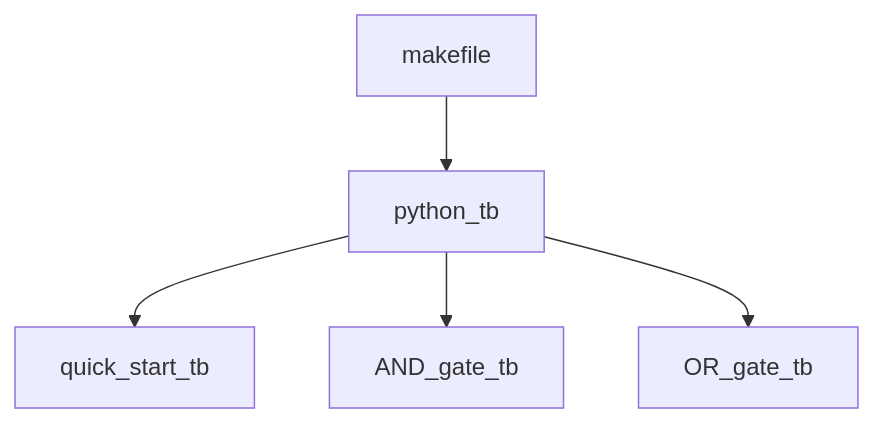
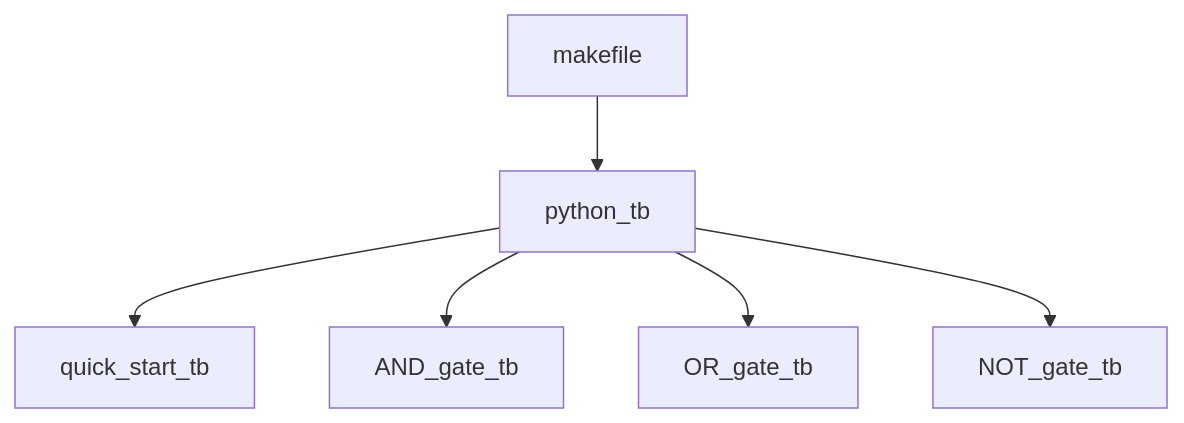
The first of 3 diagrams in README.md (micherciu/cocotb_examples), drawn with Mermaid before and after one commit. The commit also changed other lines of this file, not shown here.

Commit message:
[update] added documentation/links of the NOT gate : README.md;

````diff
--- a/README.md
+++ b/README.md
@@ -26,7 +26,8 @@
     ```mermaid
     graph TD;
         makefile-->python_tb;
         python_tb-->quick_start_tb;
         python_tb-->AND_gate_tb;
         python_tb-->OR_gate_tb;
+        python_tb-->NOT_gate_tb;
     ```
````
